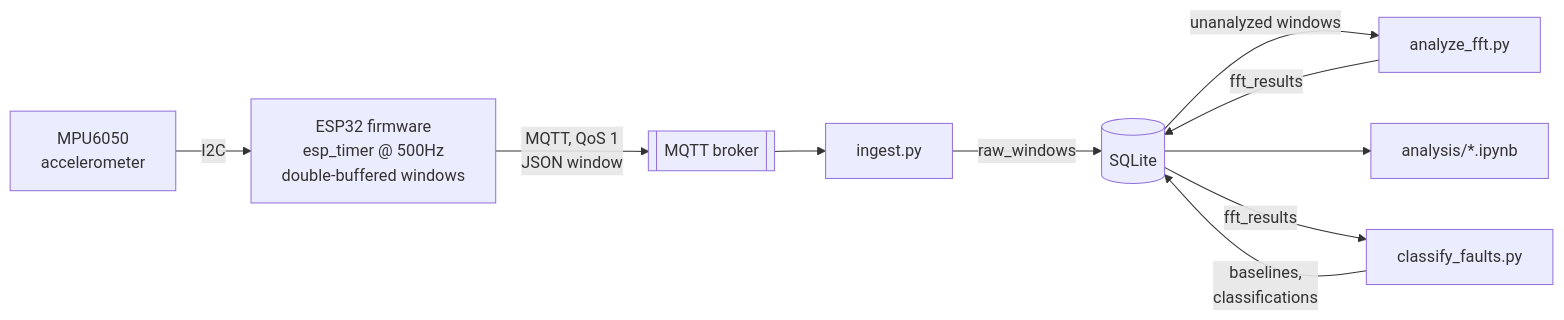
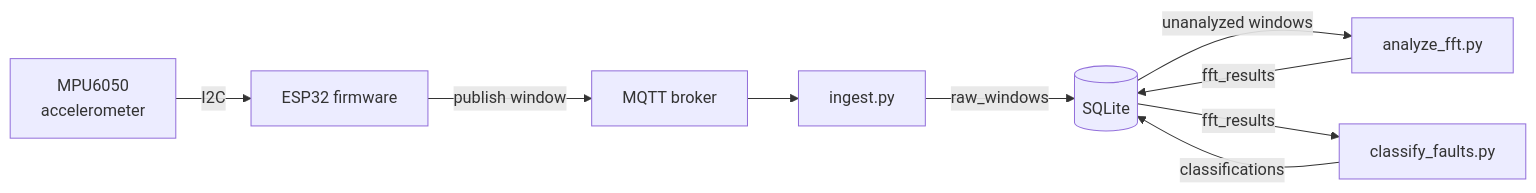
Before and after one commit to tyroneous9/Conveyor-Monitor: the diagram in README.md, drawn with Mermaid.

Commit message:
architecture update

````diff
--- a/README.md
+++ b/README.md
@@ -19,12 +19,11 @@
 ```mermaid
 flowchart LR
-    MPU["MPU6050<br/>accelerometer"] -->|I2C| ESP["ESP32 firmware<br/>esp_timer @ 500Hz<br/>double-buffered windows"]
-    ESP -->|"MQTT, QoS 1<br/>JSON window"| Broker[["MQTT broker"]]
+    MPU["MPU6050<br/>accelerometer"] -->|I2C| ESP["ESP32 firmware"]
+    ESP -->|"publish window"| Broker["MQTT broker"]
     Broker --> Ingest["ingest.py"]
     Ingest -->|raw_windows| DB[("SQLite")]
     DB -->|unanalyzed windows| Analyze["analyze_fft.py"]
     Analyze -->|fft_results| DB
-    DB --> NB["analysis/*.ipynb"]
     DB -->|fft_results| Classify["classify_faults.py"]
-    Classify -->|baselines,<br/>classifications| DB
+    Classify -->|classifications| DB
 ```
````
